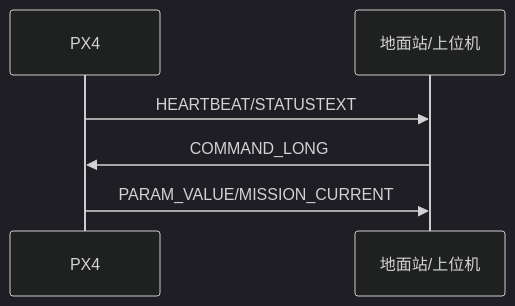
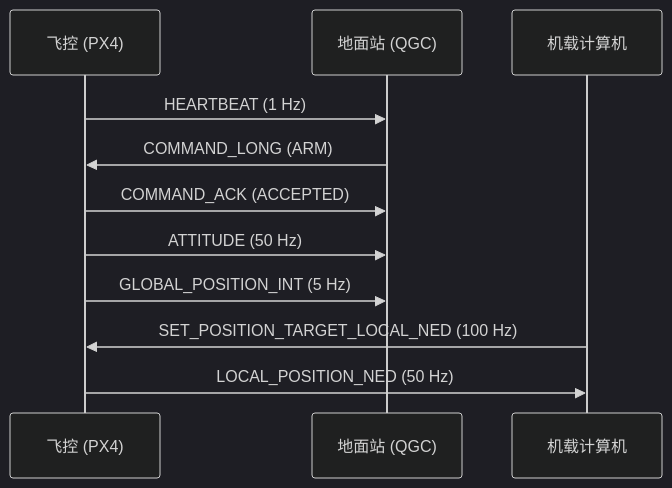
Before and after one commit to billsoft/PX4-Autopilot: the first of 8 diagrams in .trae/documents/interfaces/mavlink.md, drawn with Mermaid (dark theme). The commit also changed other lines of this file and 7 other files, not shown here.

````diff
--- a/.trae/documents/interfaces/mavlink.md
+++ b/.trae/documents/interfaces/mavlink.md
@@ -5,8 +31,16 @@
 ```mermaid
 sequenceDiagram
-  participant PX4
-  participant GCS as 地面站/上位机
-  PX4->>GCS: HEARTBEAT/STATUSTEXT
-  GCS->>PX4: COMMAND_LONG
-  PX4->>GCS: PARAM_VALUE/MISSION_CURRENT
+    participant FC as 飞控 (PX4)
+    participant GCS as 地面站 (QGC)
+    participant OC as 机载计算机
+
+    FC->>GCS: HEARTBEAT (1 Hz)
+    GCS->>FC: COMMAND_LONG (ARM)
+    FC->>GCS: COMMAND_ACK (ACCEPTED)
+
+    FC->>GCS: ATTITUDE (50 Hz)
+    FC->>GCS: GLOBAL_POSITION_INT (5 Hz)
+
+    OC->>FC: SET_POSITION_TARGET_LOCAL_NED (100 Hz)
+    FC->>OC: LOCAL_POSITION_NED (50 Hz)
 ```
````
